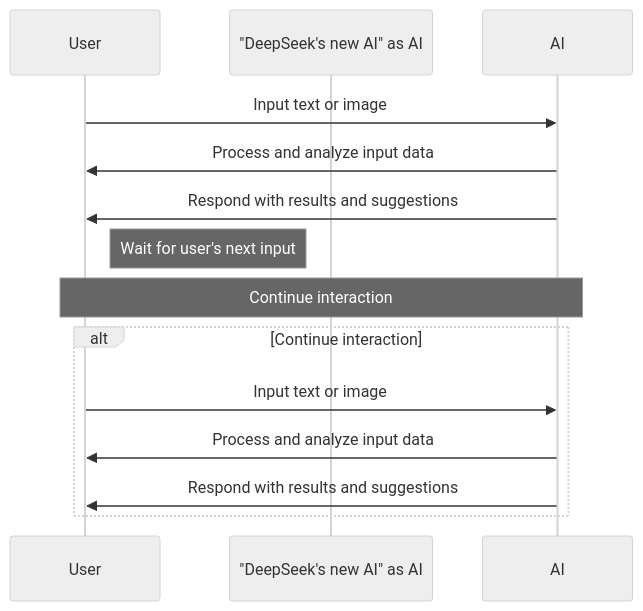
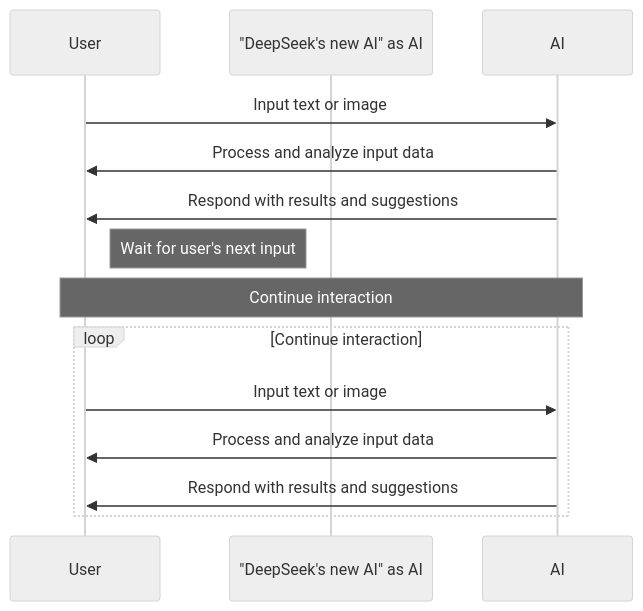
The diagram in src/content/posts/tech/_2026-05-23-deepseeks-new-ai-is-a-game-changer.en.md (a920604a/engineernews), drawn with Mermaid (neutral theme) before and after one commit. The commit also changed 5 other files, not shown here.

Commit message:
fix: auto-fix mermaid syntax errors in posts

````diff
--- a/src/content/posts/tech/_2026-05-23-deepseeks-new-ai-is-a-game-changer.en.md
+++ b/src/content/posts/tech/_2026-05-23-deepseeks-new-ai-is-a-game-changer.en.md
@@ -29,15 +29,15 @@
 ```mermaid
 sequenceDiagram
     participant User as User
     participant "DeepSeek's new AI" as AI
     User->>AI: Input text or image
     AI->>User: Process and analyze input data
     AI->>User: Respond with results and suggestions
     Note right of User: Wait for user's next input
     Note over User,AI: Continue interaction
-    alt Continue interaction
+    loop Continue interaction
         User->>AI: Input text or image
         AI->>User: Process and analyze input data
         AI->>User: Respond with results and suggestions
     end
 ```
````
